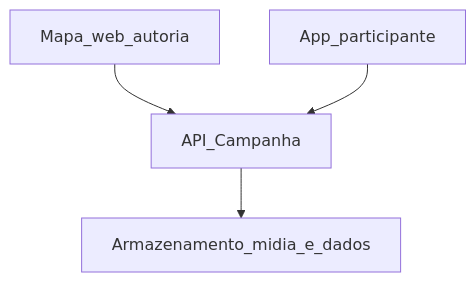
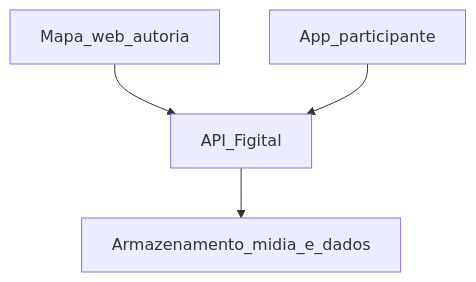
The fourth of 4 diagrams in docs/CAMPANHA_FIGITAL.md (andrebritoassumpcao/territorio-map), drawn with Mermaid before and after one commit. The commit also changed other lines of this file and 1 other file, not shown here.

First line of the commit message:
refactor: update Figital campaign documentation and clarify interactions

````diff
--- a/docs/CAMPANHA_FIGITAL.md
+++ b/docs/CAMPANHA_FIGITAL.md
@@ -572,10 +563,10 @@
 ```mermaid
 flowchart TB
   MapWeb[Mapa_web_autoria]
   AppMob[App_participante]
-  API[API_Campanha]
+  API[API_Figital]
   Store[Armazenamento_midia_e_dados]
   MapWeb --> API
   AppMob --> API
   API --> Store
 ```
````
